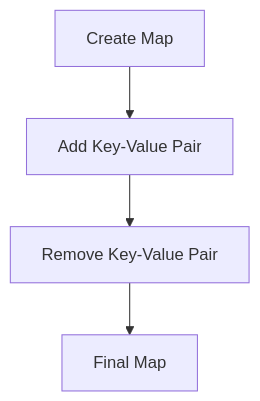
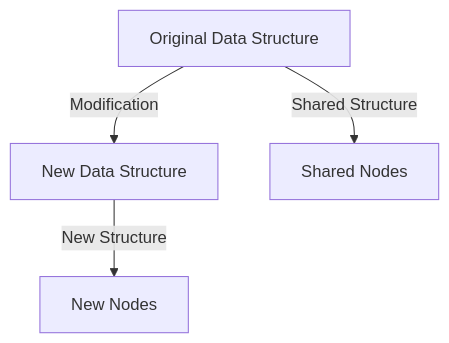
One commit to MasteryEducation/ClojureForJava.com changed the diagram in content/3/7/1/index.md. Above: the diagram before and after it, drawn with Mermaid. The commit also changed other lines of this file and 74 other files, not shown here.

````diff
--- a/content/3/7/1/index.md
+++ b/content/3/7/1/index.md
@@ -192,6 +168,6 @@
 ```mermaid
 graph TD;
-    A[Create Map] --> B[Add Key-Value Pair];
-    B --> C[Remove Key-Value Pair];
-    C --> D[Final Map];
+    A[Original Data Structure] -->|Modification| B[New Data Structure]
+    A -->|Shared Structure| C[Shared Nodes]
+    B -->|New Structure| D[New Nodes]
 ```
````
